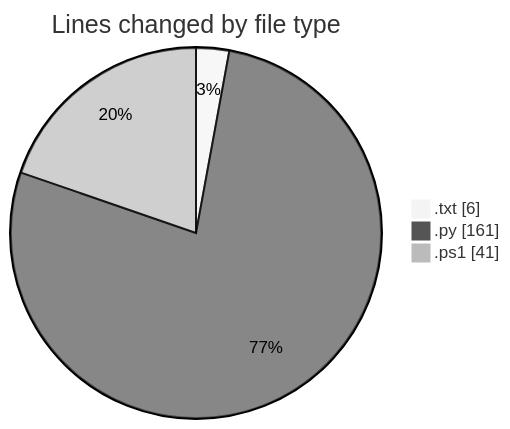
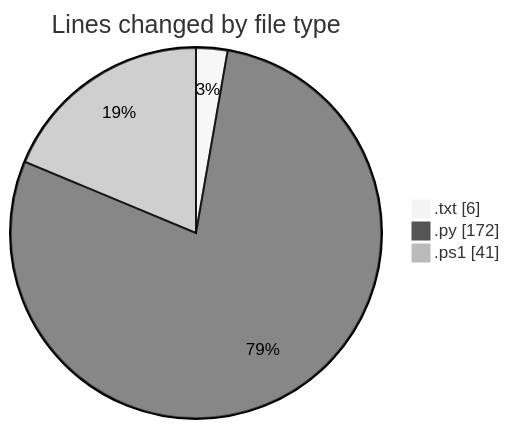
One commit to CELIANVF/code-tracking changed the first of 2 diagrams in 2025-05-16/python_app_deploy/README.md. Above: the diagram before and after it, drawn with Mermaid (neutral theme). The commit also changed other lines of this file and 1 other file, not shown here.

````diff
--- a/2025-05-16/python_app_deploy/README.md
+++ b/2025-05-16/python_app_deploy/README.md
@@ -22,7 +22,7 @@
 ```mermaid
 pie showData
 title Lines changed by file type
 ".txt" : 6
-".py" : 161
+".py" : 172
 ".ps1" : 41
 ```
````
